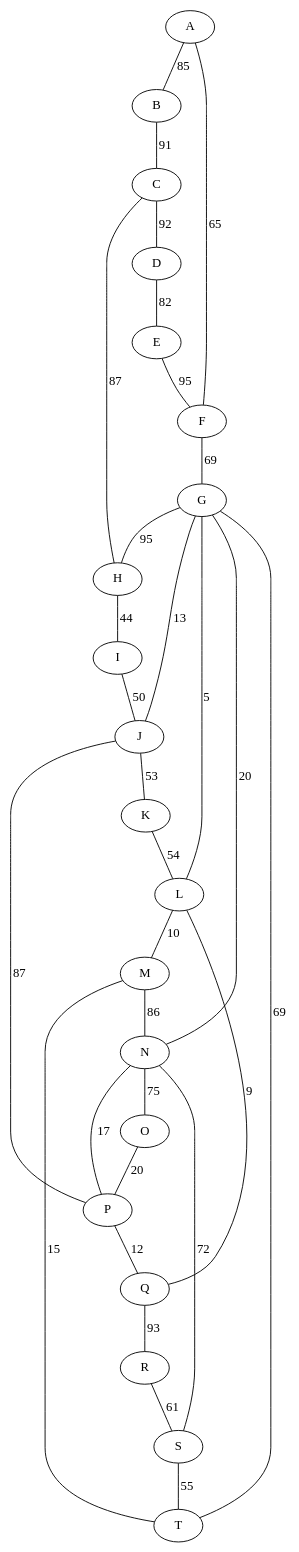
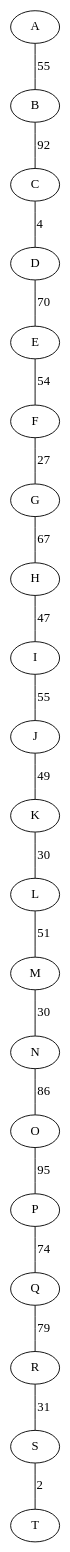
One commit to ignaciogh33/MeetingPoint changed the diagram in graph.dot. Above: the diagram before and after it, drawn with Graphviz. The commit also changed 3 other files, not shown here.

```diff
--- a/graph.dot
+++ b/graph.dot
@@ -1,52 +1,41 @@
 graph G {
   A;
   B;
   C;
   D;
   E;
   F;
   G;
   H;
   I;
   J;
   K;
   L;
   M;
   N;
   O;
   P;
   Q;
   R;
   S;
   T;
-  A -- B [label=85];
-  B -- C [label=91];
-  C -- D [label=92];
-  D -- E [label=82];
-  E -- F [label=95];
-  F -- G [label=69];
-  G -- H [label=95];
-  H -- I [label=44];
-  I -- J [label=50];
-  J -- K [label=53];
-  K -- L [label=54];
-  L -- M [label=10];
-  M -- N [label=86];
-  N -- O [label=75];
-  O -- P [label=20];
-  P -- Q [label=12];
-  Q -- R [label=93];
-  R -- S [label=61];
-  S -- T [label=55];
-  C -- H [label=87];
-  P -- J [label=87];
-  S -- N [label=72];
-  T -- M [label=15];
-  A -- F [label=65];
-  G -- L [label=5];
-  N -- G [label=20];
-  J -- G [label=13];
-  G -- T [label=69];
-  L -- Q [label=9];
-  P -- N [label=17];
+  A -- B [label=55];
+  B -- C [label=92];
+  C -- D [label=4];
+  D -- E [label=70];
+  E -- F [label=54];
+  F -- G [label=27];
+  G -- H [label=67];
+  H -- I [label=47];
+  I -- J [label=55];
+  J -- K [label=49];
+  K -- L [label=30];
+  L -- M [label=51];
+  M -- N [label=30];
+  N -- O [label=86];
+  O -- P [label=95];
+  P -- Q [label=74];
+  Q -- R [label=79];
+  R -- S [label=31];
+  S -- T [label=2];
 }
```
